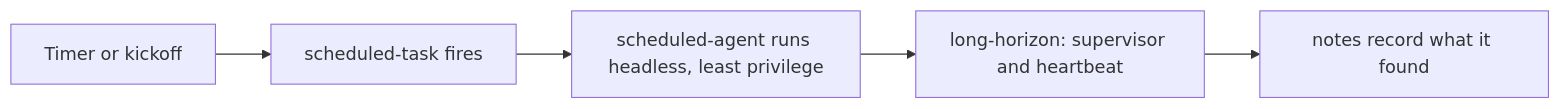
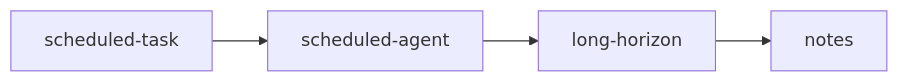
Diagram 14 of 14 in docs/skill-guide.md (FAZuH/agent), drawn with Mermaid before and after one commit. The commit also changed other lines of this file, not shown here.

First line of the commit message:
docs: make the workflow diagrams skill-only [no ci]

````diff
--- a/docs/skill-guide.md
+++ b/docs/skill-guide.md
@@ -338,7 +319,6 @@
 ```mermaid
 flowchart LR
-  S[Timer or kickoff] --> R[scheduled-task fires]
-  R --> A[scheduled-agent runs headless, least privilege]
-  A --> H[long-horizon: supervisor and heartbeat]
-  H --> N[notes record what it found]
+  T[scheduled-task] --> A[scheduled-agent]
+  A --> H[long-horizon]
+  H --> N[notes]
 ```
````
